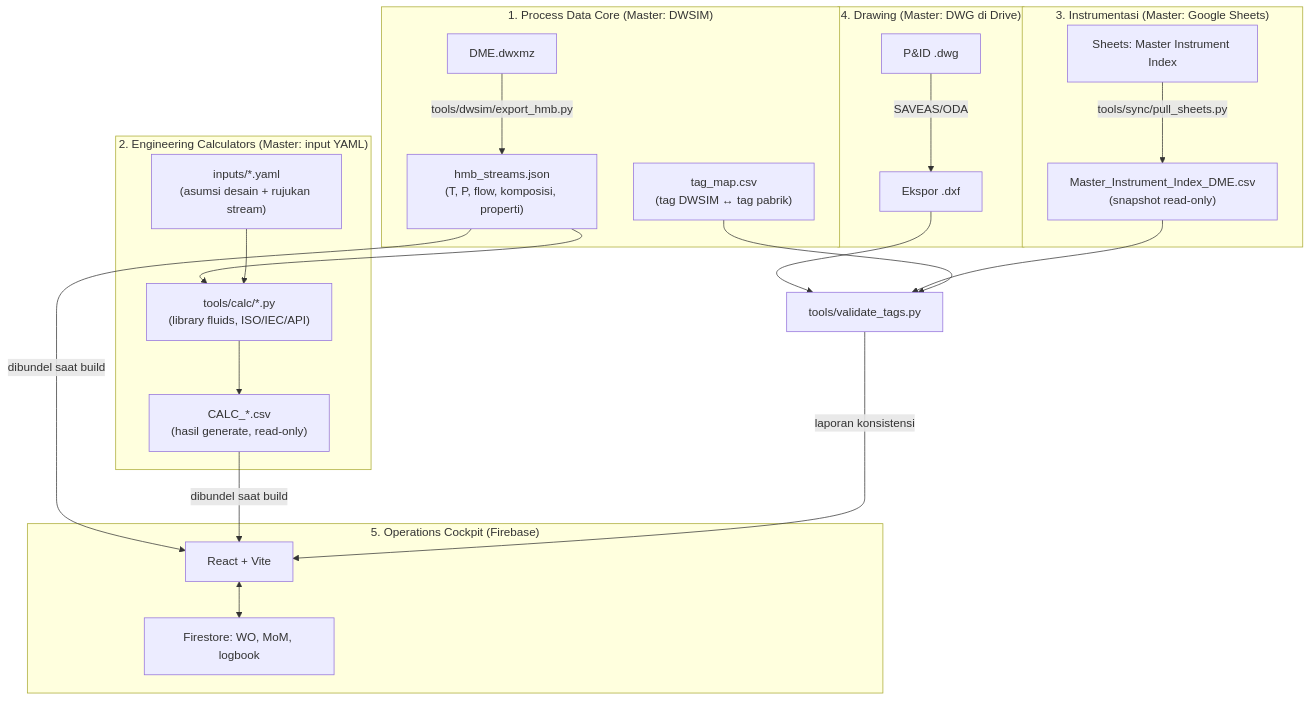
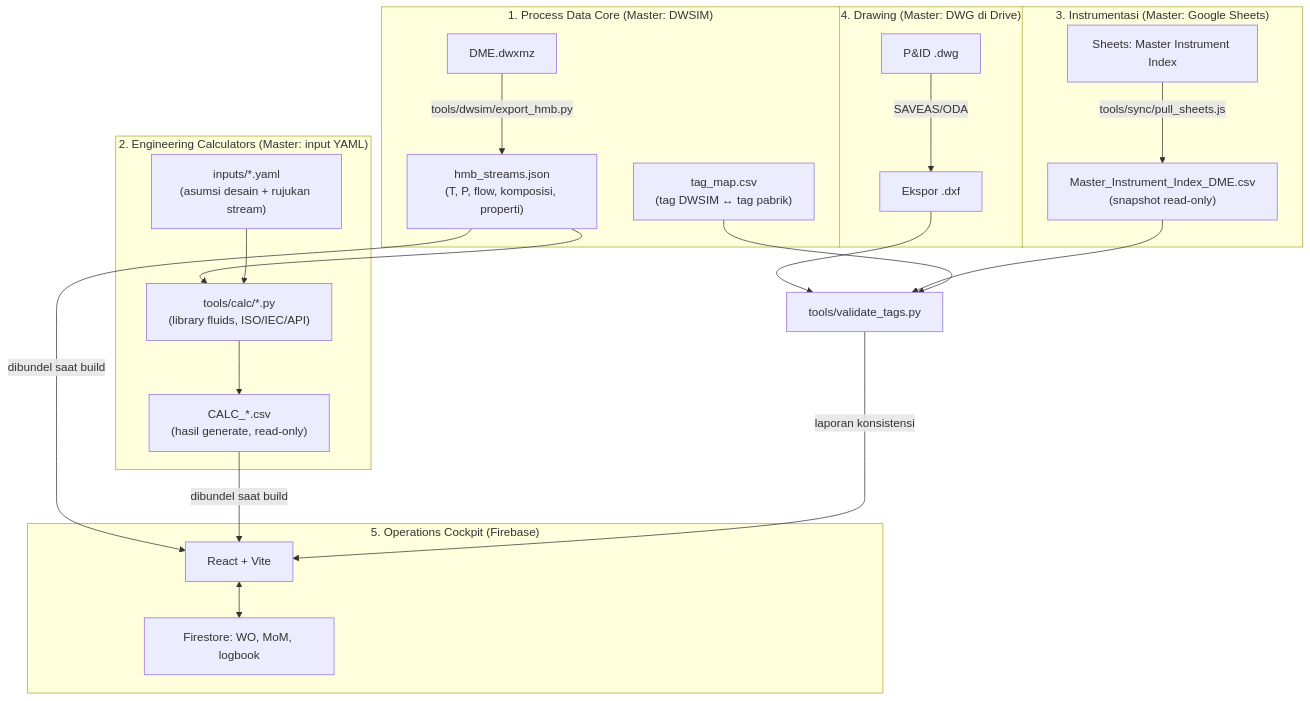
The first of 2 diagrams in MASTER_CAPSTONE_ECOSYSTEM_BLUEPRINT.md (raaahl15/dashboardcapstone), drawn with Mermaid before and after one commit. The commit also changed other lines of this file and 7 other files, not shown here.

Commit message:
feat(sync): pull_sheets.js Sheets->CSV, registry folders from LOG-011, first index sync (LOG-012)

````diff
--- a/MASTER_CAPSTONE_ECOSYSTEM_BLUEPRINT.md
+++ b/MASTER_CAPSTONE_ECOSYSTEM_BLUEPRINT.md
@@ -60,45 +60,45 @@
 ```mermaid
 flowchart TD
     subgraph Core["1. Process Data Core (Master: DWSIM)"]
         DWSIM["DME.dwxmz"]
         HMB["hmb_streams.json<br/>(T, P, flow, komposisi, properti)"]
         TAGMAP["tag_map.csv<br/>(tag DWSIM ↔ tag pabrik)"]
         DWSIM -->|tools/dwsim/export_hmb.py| HMB
     end
 
     subgraph Calc["2. Engineering Calculators (Master: input YAML)"]
         INPUT["inputs/*.yaml<br/>(asumsi desain + rujukan stream)"]
         ENGINE["tools/calc/*.py<br/>(library fluids, ISO/IEC/API)"]
         RESULT["CALC_*.csv<br/>(hasil generate, read-only)"]
         HMB --> ENGINE
         INPUT --> ENGINE
         ENGINE --> RESULT
     end
 
     subgraph Inst["3. Instrumentasi (Master: Google Sheets)"]
         SHEET["Sheets: Master Instrument Index"]
         IDXCSV["Master_Instrument_Index_DME.csv<br/>(snapshot read-only)"]
-        SHEET -->|tools/sync/pull_sheets.py| IDXCSV
+        SHEET -->|tools/sync/pull_sheets.js| IDXCSV
     end
 
     subgraph CAD["4. Drawing (Master: DWG di Drive)"]
         DWG["P&ID .dwg"]
         DXF["Ekspor .dxf"]
         DWG -->|SAVEAS/ODA| DXF
     end
 
     VALID["tools/validate_tags.py"]
     DXF --> VALID
     IDXCSV --> VALID
     TAGMAP --> VALID
 
     subgraph Web["5. Operations Cockpit (Firebase)"]
         APP["React + Vite"]
         FS["Firestore: WO, MoM, logbook"]
         APP <--> FS
     end
 
     HMB -->|dibundel saat build| APP
     RESULT -->|dibundel saat build| APP
     VALID -->|laporan konsistensi| APP
 ```
````
